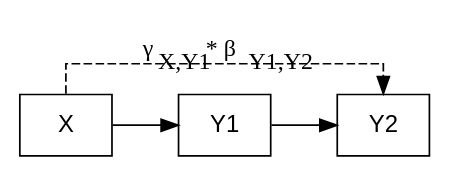
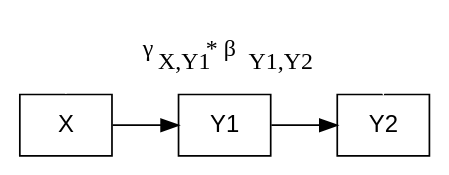
Diagram 17 of 28 in 5_Slides/Intro_to_SEM_part1.qmd (pennekampster/Swiss_SEM), drawn with Graphviz before and after one commit. The commit also changed other lines of this file and 1 other file, not shown here.

````diff
--- a/5_Slides/Intro_to_SEM_part1.qmd
+++ b/5_Slides/Intro_to_SEM_part1.qmd
@@ -1020,29 +989,27 @@
 ```{dot}
 //| fig-width: 6
 digraph  {
 
   # a 'graph' statement
   graph [overlap = false, fontsize = 15, layout = dot, rankdir = TB, splines=ortho]
 
   # 'node' statements
   node [shape = box,
         fontname = Helvetica]
   X 
   Y1 
   Y2
 
   # 'edge' statements
-  
-  X -> Y2 [style = dashed label = <&gamma;<SUB>X,Y1</SUB> * &beta;<SUB>Y1,Y2</SUB>> ]
-  X -> Y1
-  Y1 -> Y2 
-  
-   
+  X -> Y2 [style = dashed label = <&gamma;<SUB>X,Y1</SUB> * &beta;<SUB>Y1,Y2</SUB>>, color=white]
+  X  -> Y1
+  Y1 -> Y2
+
   
 
 {rank=same X; Y1, Y2}
 
 
 }
 
 ```
````
